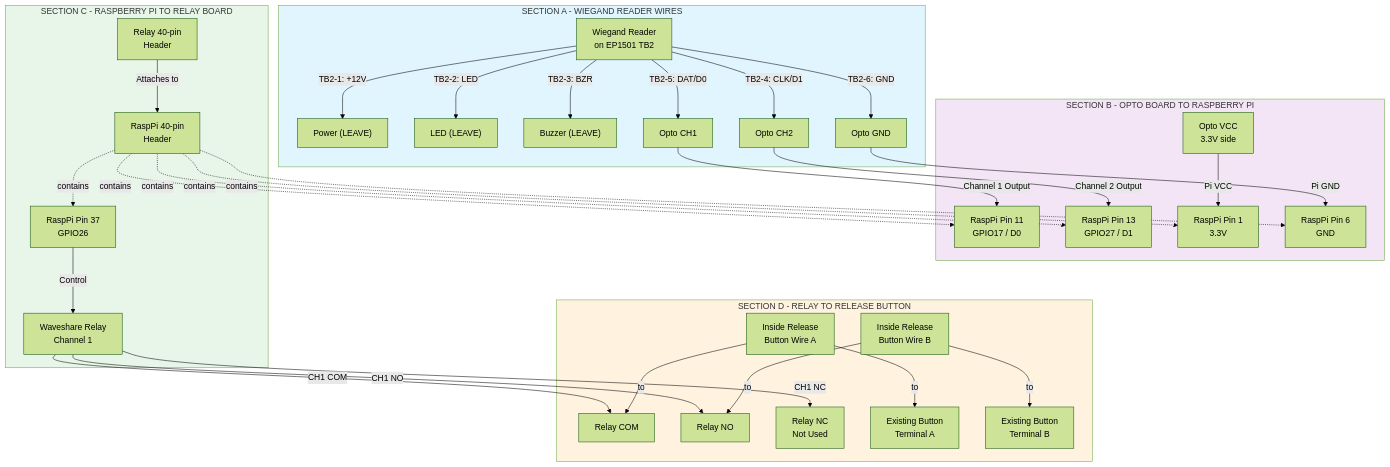
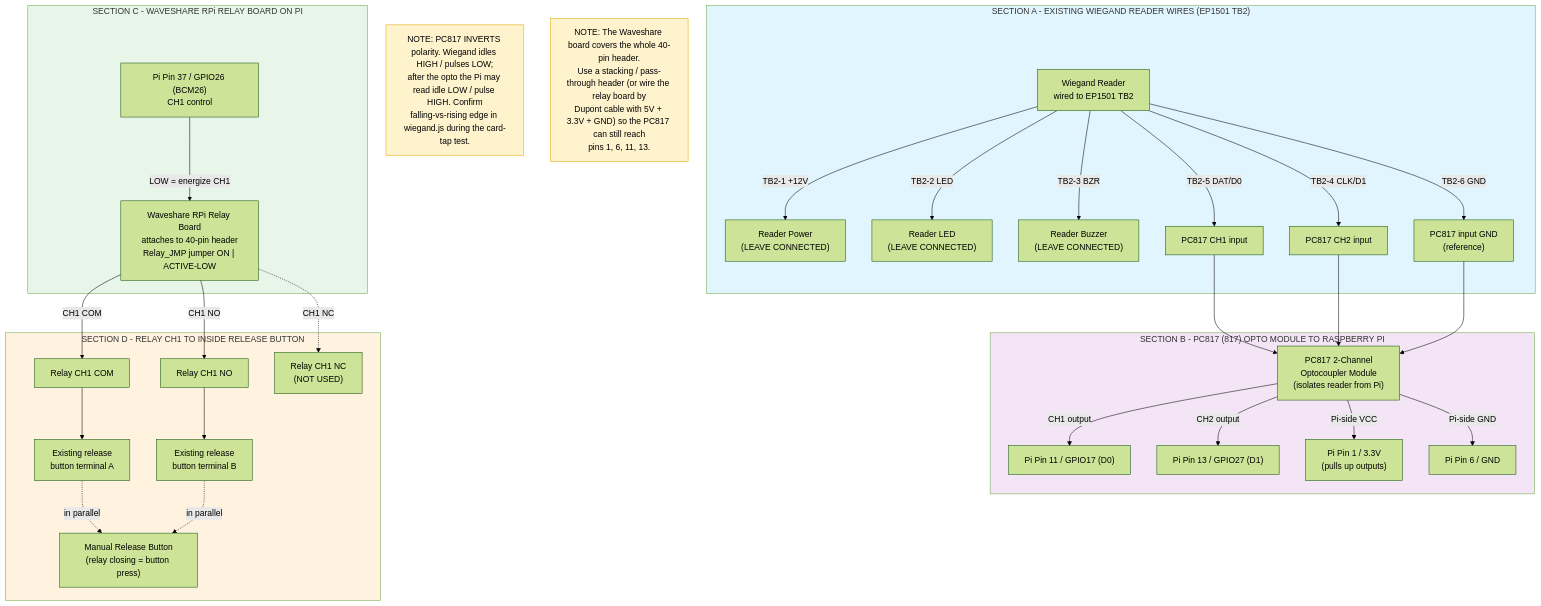
Before and after one commit to SQLMiguel/HOAManager: the diagram in GateEntry/docs/diagrams/gate-access-wiring.mmd, drawn with Mermaid (forest theme). The commit also changed other lines of this file and 6 other files, not shown here.

````diff
--- a/GateEntry/docs/diagrams/gate-access-wiring.mmd
+++ b/GateEntry/docs/diagrams/gate-access-wiring.mmd
@@ -1,53 +5,48 @@
 ```mermaid
 graph TB
-    subgraph SectionA["SECTION A - WIEGAND READER WIRES"]
-        Reader["Wiegand Reader<br/>on EP1501 TB2"]
-        Reader -->|TB2-1: +12V| Conn1["Power (LEAVE)"]
-        Reader -->|TB2-2: LED| Conn2["LED (LEAVE)"]
-        Reader -->|TB2-3: BZR| Conn3["Buzzer (LEAVE)"]
-        Reader -->|TB2-4: CLK/D1| OptoD1["Opto CH2"]
-        Reader -->|TB2-5: DAT/D0| OptoD0["Opto CH1"]
-        Reader -->|TB2-6: GND| OptoGND["Opto GND"]
+    subgraph SectionA["SECTION A - EXISTING WIEGAND READER WIRES (EP1501 TB2)"]
+        Reader["Wiegand Reader<br/>wired to EP1501 TB2"]
+        Reader -->|TB2-1 +12V| Conn1["Reader Power<br/>(LEAVE CONNECTED)"]
+        Reader -->|TB2-2 LED| Conn2["Reader LED<br/>(LEAVE CONNECTED)"]
+        Reader -->|TB2-3 BZR| Conn3["Reader Buzzer<br/>(LEAVE CONNECTED)"]
+        Reader -->|TB2-4 CLK/D1| OptoIn2["PC817 CH2 input"]
+        Reader -->|TB2-5 DAT/D0| OptoIn1["PC817 CH1 input"]
+        Reader -->|TB2-6 GND| OptoInGND["PC817 input GND<br/>(reference)"]
     end
 
-    subgraph SectionB["SECTION B - OPTO BOARD TO RASPBERRY PI"]
-        OptoD0 -->|Channel 1 Output| Pin11["RaspPi Pin 11<br/>GPIO17 / D0"]
-        OptoD1 -->|Channel 2 Output| Pin13["RaspPi Pin 13<br/>GPIO27 / D1"]
-        OptoVCC["Opto VCC<br/>3.3V side"]
-        OptoVCC -->|Pi VCC| Pin1["RaspPi Pin 1<br/>3.3V"]
-        OptoGND -->|Pi GND| Pin6["RaspPi Pin 6<br/>GND"]
+    subgraph SectionB["SECTION B - PC817 (817) OPTO MODULE TO RASPBERRY PI"]
+        OptoIn1 --> Opto["PC817 2-Channel<br/>Optocoupler Module<br/>(isolates reader from Pi)"]
+        OptoIn2 --> Opto
+        OptoInGND --> Opto
+        Opto -->|CH1 output| Pin11["Pi Pin 11 / GPIO17 (D0)"]
+        Opto -->|CH2 output| Pin13["Pi Pin 13 / GPIO27 (D1)"]
+        Opto -->|Pi-side VCC| Pin1["Pi Pin 1 / 3.3V<br/>(pulls up outputs)"]
+        Opto -->|Pi-side GND| Pin6["Pi Pin 6 / GND"]
     end
 
-    subgraph SectionC["SECTION C - RASPBERRY PI TO RELAY BOARD"]
-        Pin37["RaspPi Pin 37<br/>GPIO26"]
-        Pin37 -->|Control| Relay["Waveshare Relay<br/>Channel 1"]
-        RelayPower["Relay 40-pin<br/>Header"]
-        RelayPower -->|Attaches to| RaspPiHeader["RaspPi 40-pin<br/>Header"]
+    subgraph SectionC["SECTION C - WAVESHARE RPi RELAY BOARD ON PI"]
+        Relay["Waveshare RPi Relay Board<br/>attaches to 40-pin header<br/>Relay_JMP jumper ON | ACTIVE-LOW"]
+        Pin37["Pi Pin 37 / GPIO26 (BCM26)<br/>CH1 control"]
+        Pin37 -->|LOW = energize CH1| Relay
     end
 
-    subgraph SectionD["SECTION D - RELAY TO RELEASE BUTTON"]
-        Relay -->|CH1 COM| COM["Relay COM"]
-        Relay -->|CH1 NO| NO["Relay NO"]
-        Relay -->|CH1 NC| NC["Relay NC<br/>Not Used"]
-        
-        ButtonA["Inside Release<br/>Button Wire A"]
-        ButtonB["Inside Release<br/>Button Wire B"]
-        
-        ButtonA -->|to| ExistingA["Existing Button<br/>Terminal A"]
-        ButtonA -->|to| COM
-        
-        ButtonB -->|to| ExistingB["Existing Button<br/>Terminal B"]
-        ButtonB -->|to| NO
+    subgraph SectionD["SECTION D - RELAY CH1 TO INSIDE RELEASE BUTTON"]
+        Relay -->|CH1 COM| COM["Relay CH1 COM"]
+        Relay -->|CH1 NO| NO["Relay CH1 NO"]
+        Relay -.->|CH1 NC| NC["Relay CH1 NC<br/>(NOT USED)"]
+        COM --> ExistingA["Existing release<br/>button terminal A"]
+        NO --> ExistingB["Existing release<br/>button terminal B"]
+        ExistingA -.->|in parallel| Btn["Manual Release Button<br/>(relay closing = button press)"]
+        ExistingB -.->|in parallel| Btn
     end
 
-    RaspPiHeader -.->|contains| Pin1
-    RaspPiHeader -.->|contains| Pin6
-    RaspPiHeader -.->|contains| Pin11
-    RaspPiHeader -.->|contains| Pin13
-    RaspPiHeader -.->|contains| Pin37
+    Note1["NOTE: PC817 INVERTS polarity. Wiegand idles HIGH / pulses LOW;<br/>after the opto the Pi may read idle LOW / pulse HIGH. Confirm<br/>falling-vs-rising edge in wiegand.js during the card-tap test."]
+    Note2["NOTE: The Waveshare board covers the whole 40-pin header.<br/>Use a stacking / pass-through header (or wire the relay board by<br/>Dupont cable with 5V + 3.3V + GND) so the PC817 can still reach<br/>pins 1, 6, 11, 13."]
 
     style SectionA fill:#e1f5ff
     style SectionB fill:#f3e5f5
     style SectionC fill:#e8f5e9
     style SectionD fill:#fff3e0
+    style Note1 fill:#fff3cd,stroke:#e0a800
+    style Note2 fill:#fff3cd,stroke:#e0a800
 ```
````
